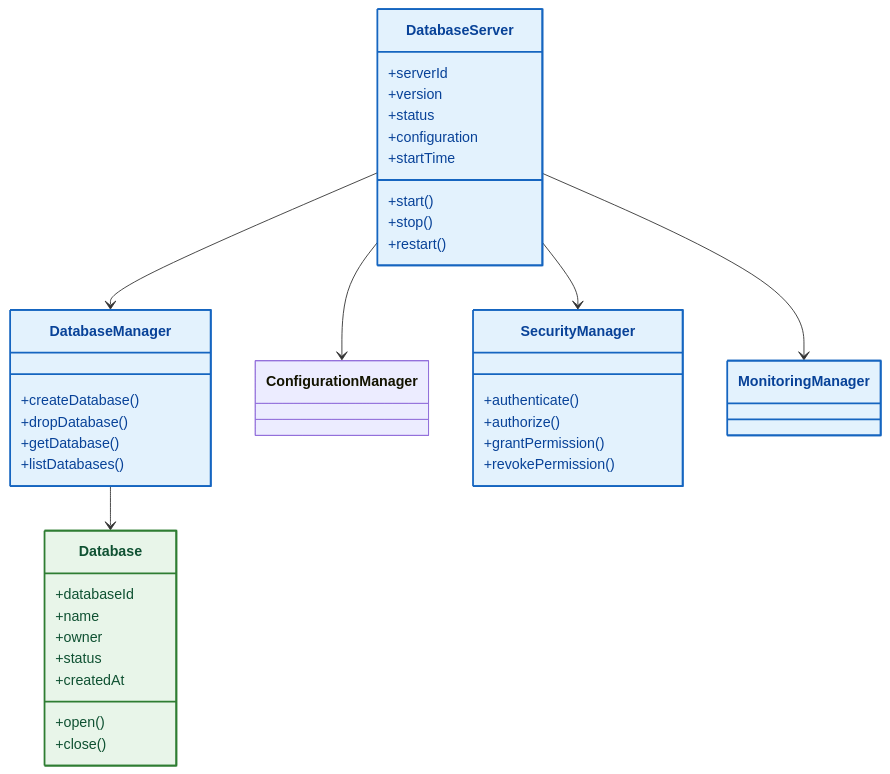
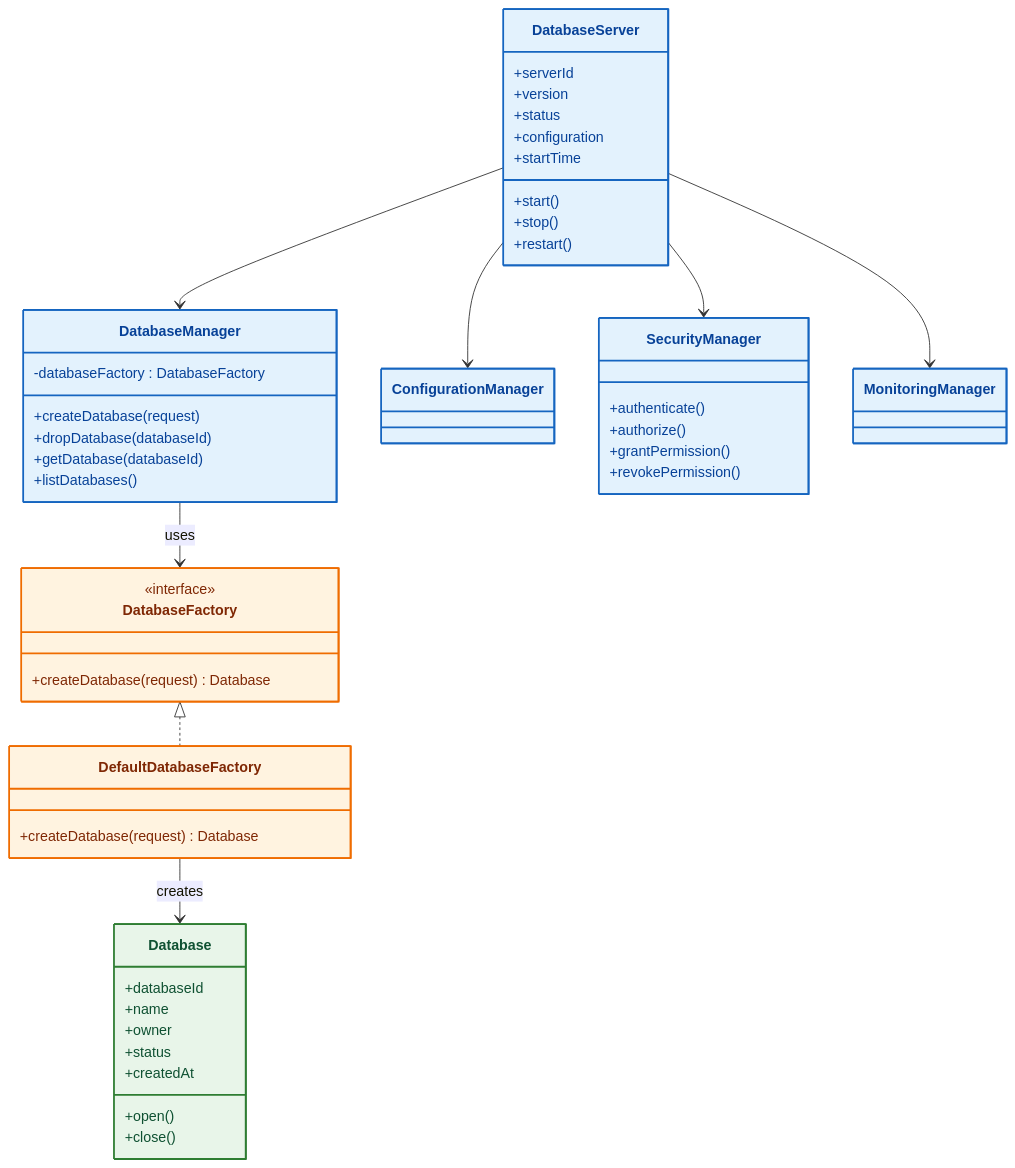
One commit to Huy1801214/dbms-architecture changed the third of 20 diagrams in docs/README.md. Above: the diagram before and after it, drawn with Mermaid. The commit also changed other lines of this file and 18 other files, not shown here.

````diff
--- a/docs/README.md
+++ b/docs/README.md
@@ -477,62 +513,82 @@
 ```mermaid
 classDiagram
 direction TB
 
 class DatabaseServer{
     +serverId
     +version
     +status
     +configuration
     +startTime
 
     +start()
     +stop()
     +restart()
 }
 
 class DatabaseManager{
-    +createDatabase()
-    +dropDatabase()
-    +getDatabase()
+    -databaseFactory : DatabaseFactory
+
+    +createDatabase(request)
+    +dropDatabase(databaseId)
+    +getDatabase(databaseId)
     +listDatabases()
+}
+
+class DatabaseFactory{
+    <<interface>>
+    +createDatabase(request) Database
+}
+
+class DefaultDatabaseFactory{
+    +createDatabase(request) Database
+}
+
+class Database{
+    +databaseId
+    +name
+    +owner
+    +status
+    +createdAt
+
+    +open()
+    +close()
 }
 
 class ConfigurationManager
 
 class SecurityManager{
     +authenticate()
     +authorize()
     +grantPermission()
     +revokePermission()
 }
 
 class MonitoringManager
 
-class Database{
-    +databaseId
-    +name
-    +owner
-    +status
-    +createdAt
-
-    +open()
-    +close()
-}
-
 DatabaseServer --> DatabaseManager
 DatabaseServer --> ConfigurationManager
 DatabaseServer --> SecurityManager
 DatabaseServer --> MonitoringManager
 
-DatabaseManager --> Database
+DatabaseManager --> DatabaseFactory : uses
+
+DatabaseFactory <|.. DefaultDatabaseFactory
+
+DefaultDatabaseFactory --> Database : creates
 
 %% =====================================================
 %% STYLING DEFINITIONS
 %% =====================================================
 style DatabaseServer fill:#e3f2fd,stroke:#1565c0,stroke-width:2px,color:#084298
 style DatabaseManager fill:#e3f2fd,stroke:#1565c0,stroke-width:2px,color:#084298
-style ConfigurationRepository fill:#e3f2fd,stroke:#1565c0,stroke-width:2px,color:#084298
+
+style DatabaseFactory fill:#fff3e0,stroke:#ef6c00,stroke-width:2px,color:#7f2704
+style DefaultDatabaseFactory fill:#fff3e0,stroke:#ef6c00,stroke-width:2px,color:#7f2704
+
+style ConfigurationManager fill:#e3f2fd,stroke:#1565c0,stroke-width:2px,color:#084298
 style SecurityManager fill:#e3f2fd,stroke:#1565c0,stroke-width:2px,color:#084298
 style MonitoringManager fill:#e3f2fd,stroke:#1565c0,stroke-width:2px,color:#084298
+
 style Database fill:#e8f5e9,stroke:#2e7d32,stroke-width:2px,color:#0f5132
 ```
````
